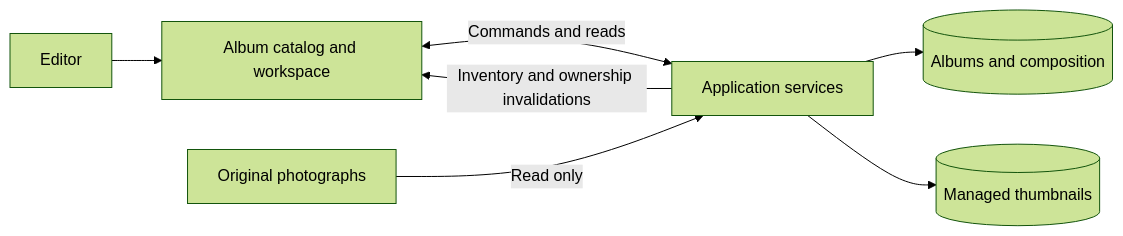
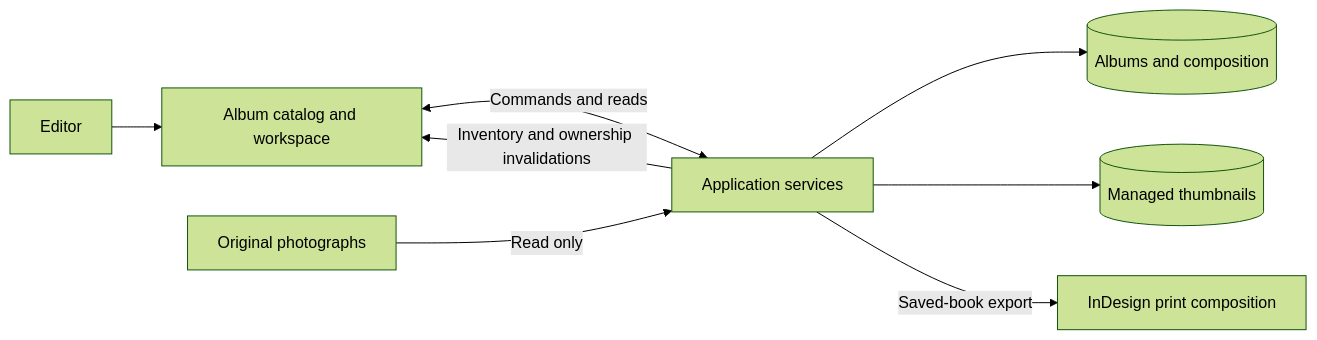
One commit to cosminci/photography changed the first of 6 diagrams in specs/design.md. Above: the diagram before and after it, drawn with Mermaid (forest theme). The commit also changed other lines of this file and 16 other files, not shown here.

````diff
--- a/specs/design.md
+++ b/specs/design.md
@@ -9,9 +9,10 @@
 ```mermaid
 flowchart LR
   Editor --> Browser["Album catalog and workspace"]
   Browser <-->|Commands and reads| Backend["Application services"]
   Backend --> Database[("Albums and composition")]
   Originals["Original photographs"] -->|Read only| Backend
   Backend --> Thumbnails[("Managed thumbnails")]
   Backend -->|Inventory and ownership invalidations| Browser
+  Backend -->|Saved-book export| InDesign["InDesign print composition"]
 ```
````
